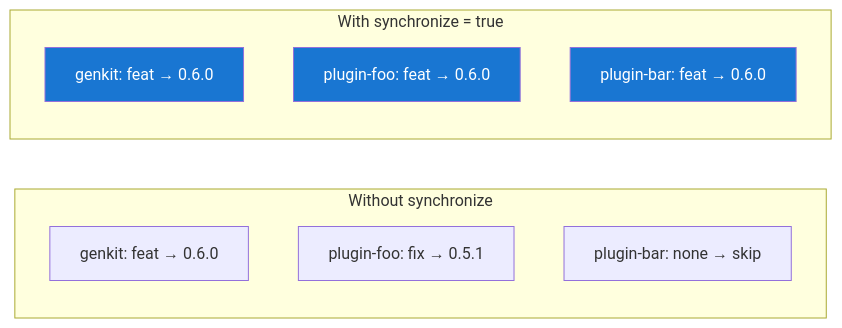
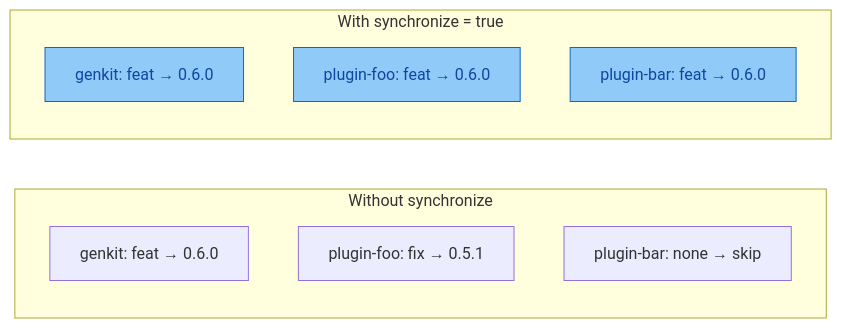
One commit to genkit-ai/genkit-python changed the diagram in tools/releasekit/docs/docs/guides/configuration.md. Above: the diagram before and after it, drawn with Mermaid. The commit also changed other lines of this file and 208 other files, not shown here.

````diff
--- a/tools/releasekit/docs/docs/guides/configuration.md
+++ b/tools/releasekit/docs/docs/guides/configuration.md
@@ -136,18 +166,18 @@
 ```mermaid
 graph LR
     subgraph "Without synchronize"
         A1["genkit: feat → 0.6.0"]
         B1["plugin-foo: fix → 0.5.1"]
         C1["plugin-bar: none → skip"]
     end
 
     subgraph "With synchronize = true"
         A2["genkit: feat → 0.6.0"]
         B2["plugin-foo: feat → 0.6.0"]
         C2["plugin-bar: feat → 0.6.0"]
     end
 
-    style A2 fill:#1976d2,color:#fff
-    style B2 fill:#1976d2,color:#fff
-    style C2 fill:#1976d2,color:#fff
+    style A2 fill:#90caf9,stroke:#1565c0,color:#0d47a1
+    style B2 fill:#90caf9,stroke:#1565c0,color:#0d47a1
+    style C2 fill:#90caf9,stroke:#1565c0,color:#0d47a1
 ```
````
